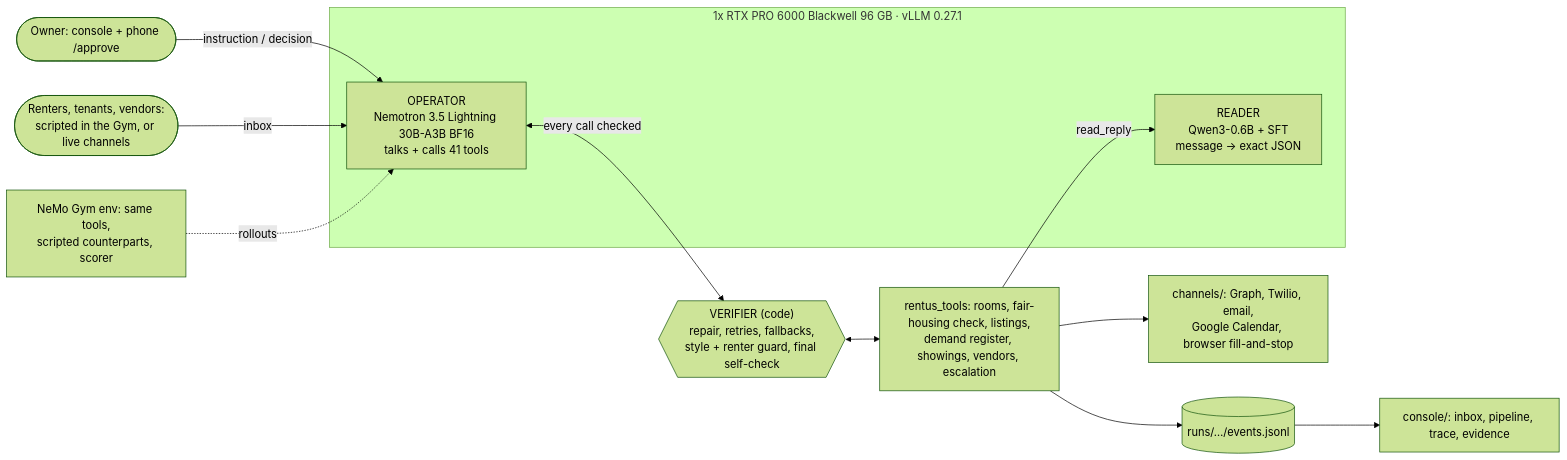
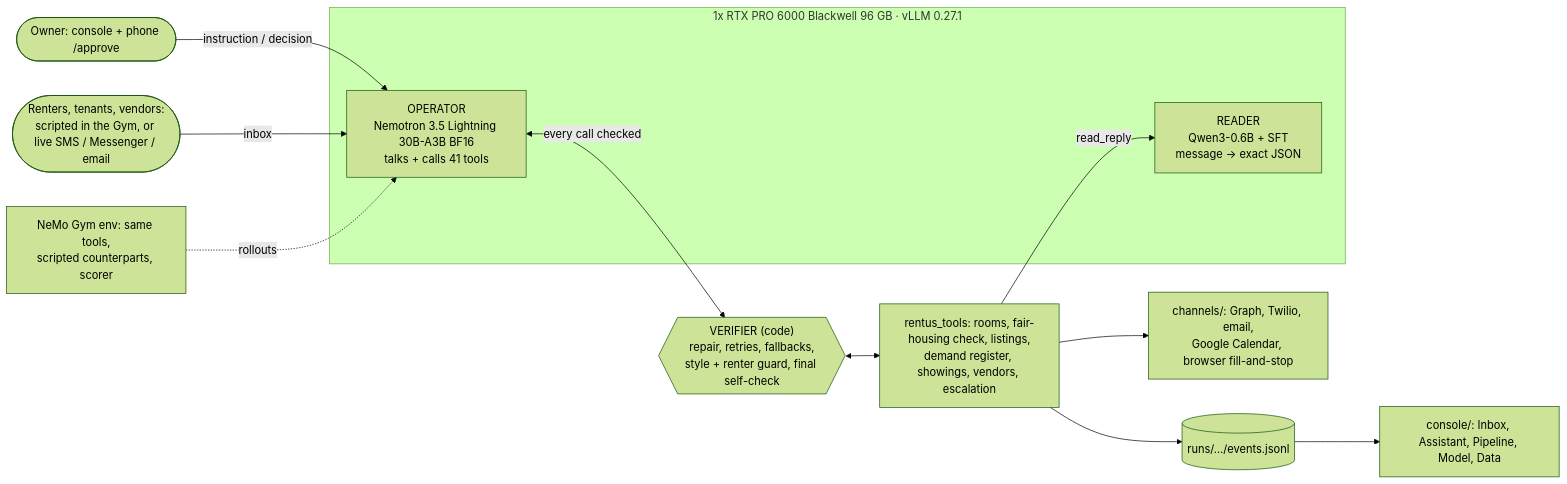
Before and after one commit to xvanov/red-hat-small-models-hack: the diagram in README.md, drawn with Mermaid (forest theme). The commit also changed other lines of this file and 2 other files, not shown here.

Commit message:
Submission docs match the current product: live SMS/Page/email channels, rebuilt console tabs, final v3 numbers, demo.rentus.homes, HF datasets, FB post placeholder

````diff
--- a/README.md
+++ b/README.md
@@ -93,16 +103,16 @@
 ```mermaid
 flowchart LR
   owner([Owner: console + phone /approve]) -->|instruction / decision| op
-  people([Renters, tenants, vendors:<br/>scripted in the Gym, or live channels]) -->|inbox| op
+  people([Renters, tenants, vendors:<br/>scripted in the Gym, or live SMS / Messenger / email]) -->|inbox| op
   subgraph GPU["1x RTX PRO 6000 Blackwell 96 GB · vLLM 0.27.1"]
     op["OPERATOR<br/>Nemotron 3.5 Lightning 30B-A3B BF16<br/>talks + calls 41 tools"]
     reader["READER<br/>Qwen3-0.6B + SFT<br/>message → exact JSON"]
   end
   op <-->|every call checked| ver{{"VERIFIER (code)<br/>repair, retries, fallbacks,<br/>style + renter guard, final self-check"}}
   ver <--> tools["rentus_tools: rooms, fair-housing check, listings,<br/>demand register, showings, vendors, escalation"]
   tools -->|read_reply| reader
   tools --> channels["channels/: Graph, Twilio, email,<br/>Google Calendar, browser fill-and-stop"]
   tools --> events[(runs/…/events.jsonl)]
-  events --> console["console/: inbox, pipeline, trace, evidence"]
+  events --> console["console/: Inbox, Assistant, Pipeline, Model, Data"]
   gym["NeMo Gym env: same tools,<br/>scripted counterparts, scorer"] -.->|rollouts| op
 ```
````
